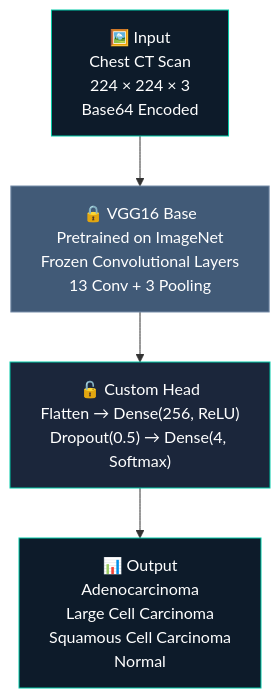
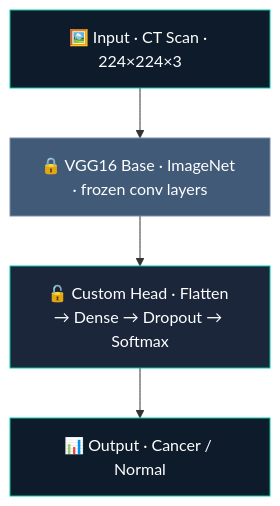
The third of 5 diagrams in README.md (omarhatem44/End-to-end-Chest-Cancer-Classification-), drawn with Mermaid before and after one commit. The commit also changed other lines of this file, not shown here.

````diff
--- a/README.md
+++ b/README.md
@@ -322,12 +261,8 @@
 ```mermaid
 graph TB
-    A["🖼️ Input\nChest CT Scan\n224 × 224 × 3\nBase64 Encoded"] -->
-    B["🔒 VGG16 Base\nPretrained on ImageNet\nFrozen Convolutional Layers\n13 Conv + 3 Pooling"] -->
-    C["🔓 Custom Head\nFlatten → Dense(256, ReLU)\nDropout(0.5) → Dense(4, Softmax)"] -->
-    D["📊 Output\nAdenocarcinoma\nLarge Cell Carcinoma\nSquamous Cell Carcinoma\nNormal"]
-
+    A["🖼️ Input · CT Scan · 224×224×3"] --> B["🔒 VGG16 Base · ImageNet · frozen conv layers"] --> C["🔓 Custom Head · Flatten → Dense → Dropout → Softmax"] --> D["📊 Output · Cancer / Normal"]
     style A fill:#0d1b2a,stroke:#00c9a7,color:#fff
     style B fill:#415a77,stroke:#778da9,color:#fff
     style C fill:#1b263b,stroke:#00c9a7,color:#fff
     style D fill:#0d1b2a,stroke:#00c9a7,color:#fff
 ```
````
